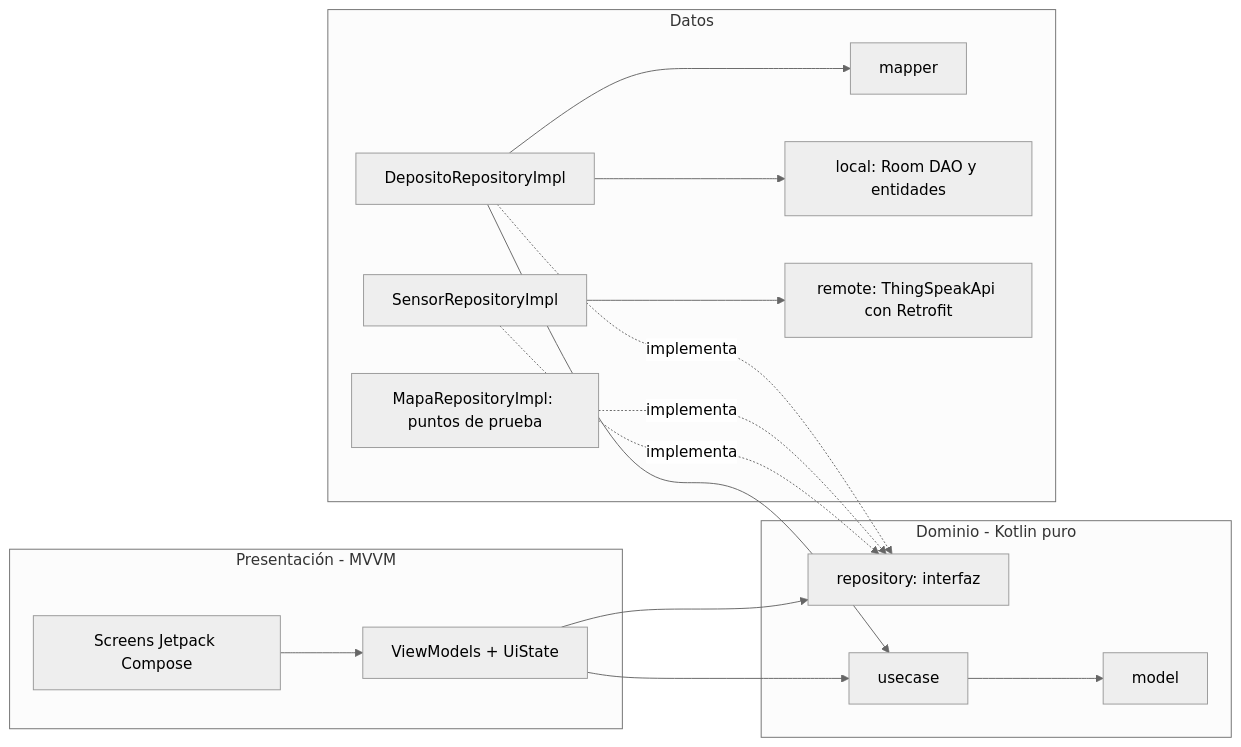
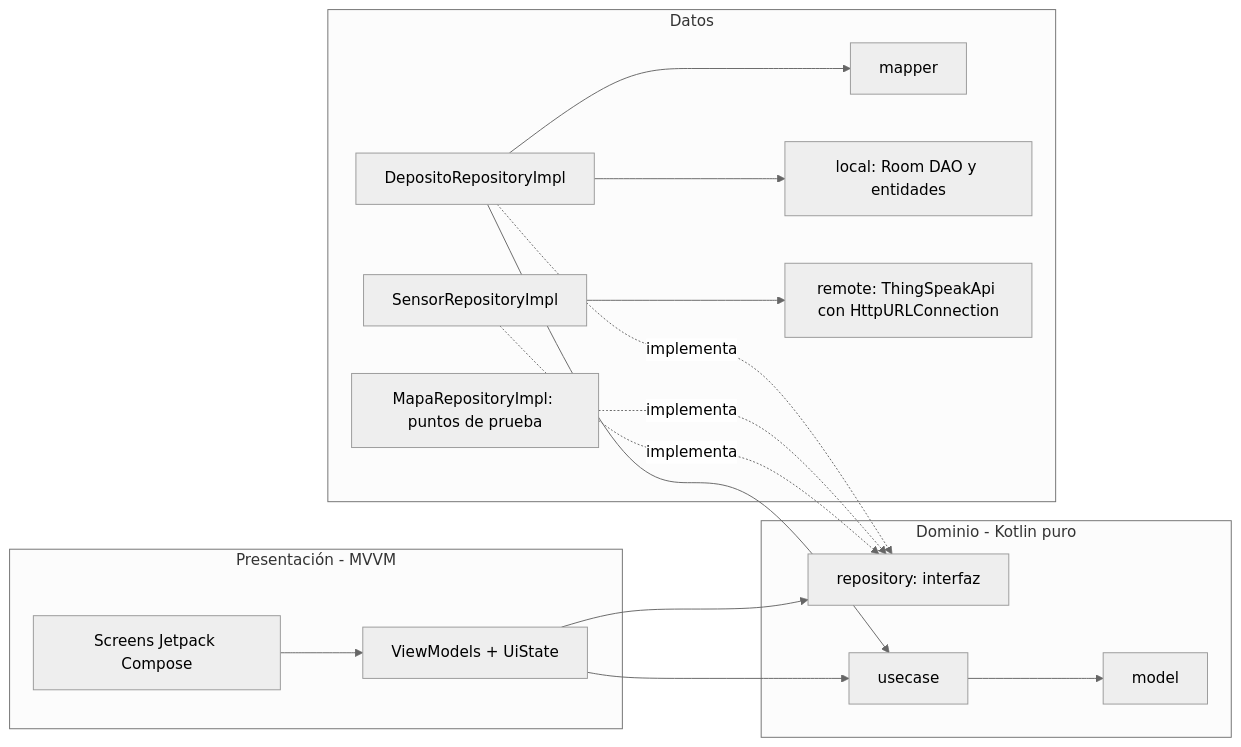
One commit to Cristhian465/Aguarda changed diagram 18 of 22 in informes/FD04-SAD.md. Above: the diagram before and after it, drawn with Mermaid (neutral theme). The commit also changed other lines of this file and 120 other files, not shown here.

First line of the commit message:
Limpieza: claves en el código, ThingSpeak directo, widget del tanque y sin código sin uso

````diff
--- a/informes/FD04-SAD.md
+++ b/informes/FD04-SAD.md
@@ -727,32 +730,32 @@
 ```mermaid
 flowchart LR
     subgraph P[Presentación - MVVM]
       UI[Screens Jetpack Compose]
       VM[ViewModels + UiState]
     end
     subgraph DOM[Dominio - Kotlin puro]
       MOD[model]
       REPI[repository: interfaz]
       UC[usecase]
     end
     subgraph D[Datos]
       IMPL[DepositoRepositoryImpl]
       MAP[mapper]
       ROOM[local: Room DAO y entidades]
       MIMPL[MapaRepositoryImpl: puntos de prueba]
       SIMPL[SensorRepositoryImpl]
-      API[remote: ThingSpeakApi con Retrofit]
+      API[remote: ThingSpeakApi con HttpURLConnection]
     end
 
     UI --> VM
     VM --> UC
     VM --> REPI
     IMPL -. implementa .-> REPI
     MIMPL -. implementa .-> REPI
     SIMPL -. implementa .-> REPI
     IMPL --> UC
     IMPL --> MAP
     IMPL --> ROOM
     SIMPL --> API
     UC --> MOD
 ```
````
